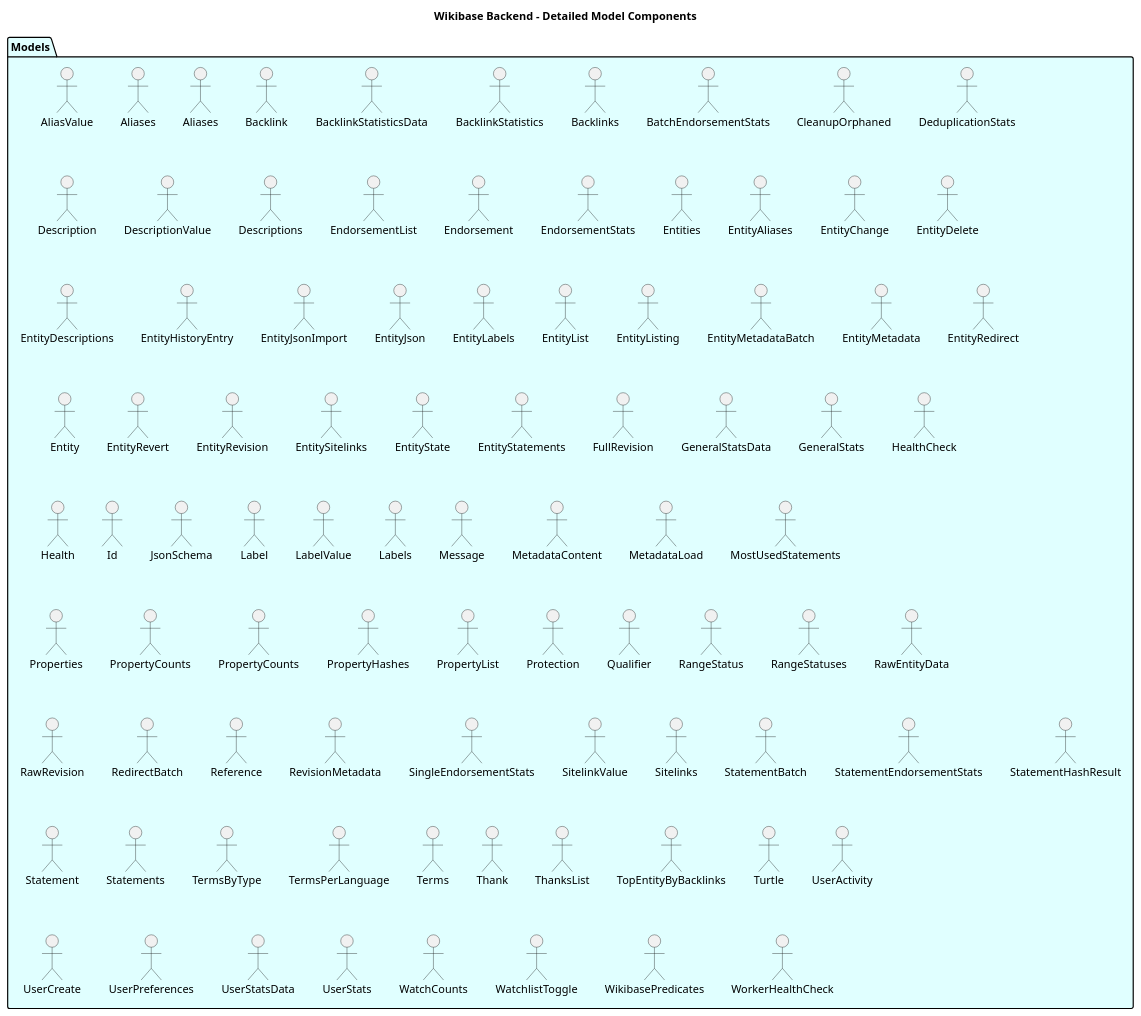
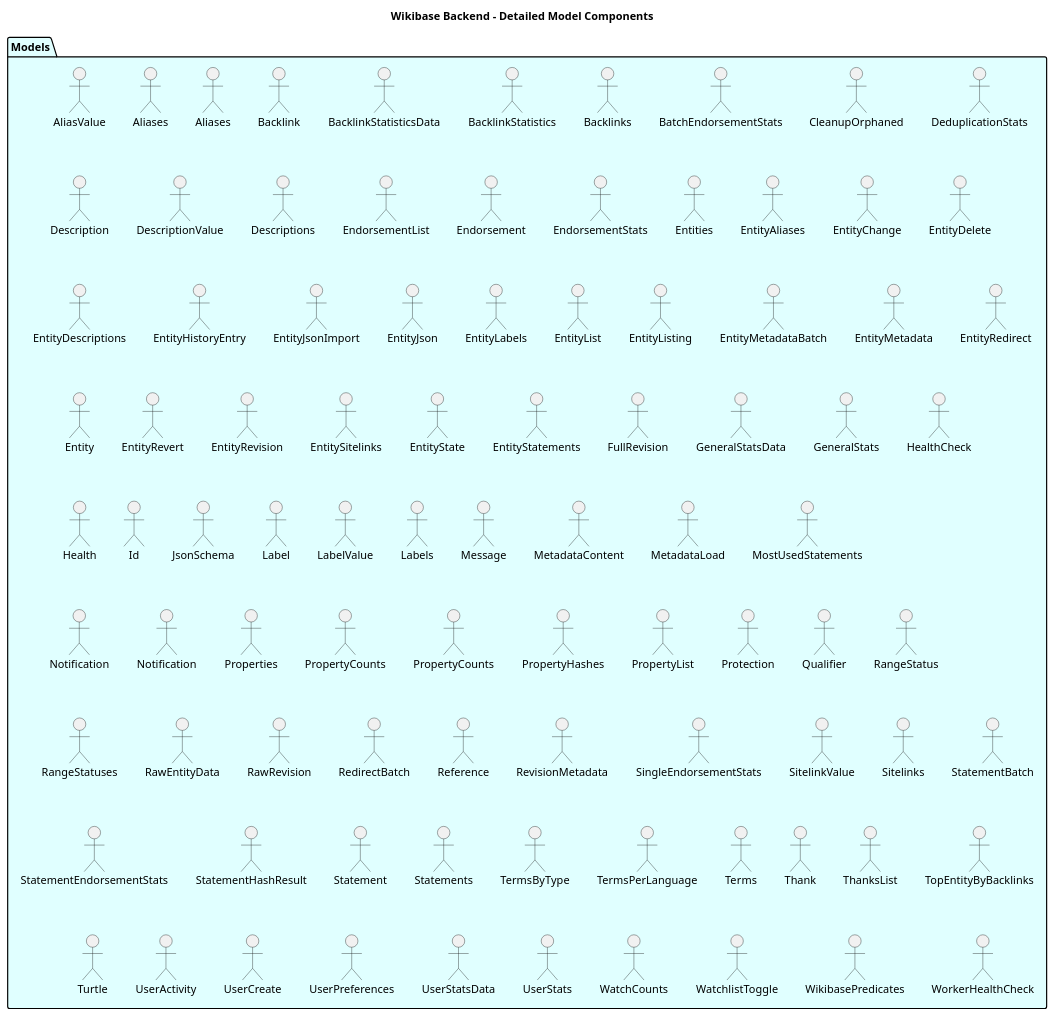
One commit to dpriskorn/entitybase-backend changed the diagram in doc/DIAGRAMS/detailed_model_components.puml. Above: the diagram before and after it, drawn with PlantUML. The commit also changed 9 other files, not shown here.

```diff
--- a/doc/DIAGRAMS/detailed_model_components.puml
+++ b/doc/DIAGRAMS/detailed_model_components.puml
@@ -1,97 +1,99 @@
 @startuml Detailed Model Components
 
 title Wikibase Backend - Detailed Model Components
 
 package "Models" as Models #LightCyan {
     "AliasValue" as AliasValue
     "Aliases" as Aliases
     "Aliases" as AliasesResponse
     "Backlink" as Backlink
     "BacklinkStatisticsData" as BacklinkStatisticsData
     "BacklinkStatistics" as BacklinkStatisticsResponse
     "Backlinks" as BacklinksResponse
     "BatchEndorsementStats" as BatchEndorsementStatsResponse
     "CleanupOrphaned" as CleanupOrphanedResponse
     "DeduplicationStats" as DeduplicationStatsResponse
     "Description" as DescriptionResponse
     "DescriptionValue" as DescriptionValue
     "Descriptions" as DescriptionsResponse
     "EndorsementList" as EndorsementListResponse
     "Endorsement" as EndorsementResponse
     "EndorsementStats" as EndorsementStatsResponse
     "Entities" as EntitiesResponse
     "EntityAliases" as EntityAliasesResponse
     "EntityChange" as EntityChange
     "EntityDelete" as EntityDeleteResponse
     "EntityDescriptions" as EntityDescriptionsResponse
     "EntityHistoryEntry" as EntityHistoryEntry
     "EntityJsonImport" as EntityJsonImportResponse
     "EntityJson" as EntityJsonResponse
     "EntityLabels" as EntityLabelsResponse
     "EntityList" as EntityListResponse
     "EntityListing" as EntityListing
     "EntityMetadataBatch" as EntityMetadataBatchResponse
     "EntityMetadata" as EntityMetadataResponse
     "EntityRedirect" as EntityRedirectResponse
     "Entity" as EntityResponse
     "EntityRevert" as EntityRevertResponse
     "EntityRevision" as EntityRevisionResponse
     "EntitySitelinks" as EntitySitelinksResponse
     "EntityState" as EntityState
     "EntityStatements" as EntityStatementsResponse
     "FullRevision" as FullRevisionResponse
     "GeneralStatsData" as GeneralStatsData
     "GeneralStats" as GeneralStatsResponse
     "HealthCheck" as HealthCheckResponse
     "Health" as HealthResponse
     "Id" as IdResponse
     "JsonSchema" as JsonSchema
     "Label" as LabelResponse
     "LabelValue" as LabelValue
     "Labels" as LabelsResponse
     "Message" as MessageResponse
     "MetadataContent" as MetadataContent
     "MetadataLoad" as MetadataLoadResponse
     "MostUsedStatements" as MostUsedStatementsResponse
+    "Notification" as Notification
+    "Notification" as NotificationResponse
     "Properties" as PropertiesResponse
     "PropertyCounts" as PropertyCounts
     "PropertyCounts" as PropertyCountsResponse
     "PropertyHashes" as PropertyHashesResponse
     "PropertyList" as PropertyListResponse
     "Protection" as ProtectionResponse
     "Qualifier" as QualifierResponse
     "RangeStatus" as RangeStatus
     "RangeStatuses" as RangeStatuses
     "RawEntityData" as RawEntityData
     "RawRevision" as RawRevisionResponse
     "RedirectBatch" as RedirectBatchResponse
     "Reference" as ReferenceResponse
     "RevisionMetadata" as RevisionMetadataResponse
     "SingleEndorsementStats" as SingleEndorsementStatsResponse
     "SitelinkValue" as SitelinkValue
     "Sitelinks" as SitelinksResponse
     "StatementBatch" as StatementBatchResponse
     "StatementEndorsementStats" as StatementEndorsementStats
     "StatementHashResult" as StatementHashResult
     "Statement" as StatementResponse
     "Statements" as StatementsResponse
     "TermsByType" as TermsByType
     "TermsByType" as TermsByType
     "TermsPerLanguage" as TermsPerLanguage
     "Terms" as TermsResponse
     "Thank" as ThankResponse
     "ThanksList" as ThanksListResponse
     "TopEntityByBacklinks" as TopEntityByBacklinks
     "Turtle" as TurtleResponse
     "UserActivity" as UserActivityResponse
     "UserCreate" as UserCreateResponse
     "UserPreferences" as UserPreferencesResponse
     "UserStatsData" as UserStatsData
     "UserStats" as UserStatsResponse
     "WatchCounts" as WatchCounts
     "WatchlistToggle" as WatchlistToggleResponse
     "WikibasePredicates" as WikibasePredicatesResponse
     "WorkerHealthCheck" as WorkerHealthCheckResponse
 }
 
 @enduml
```
